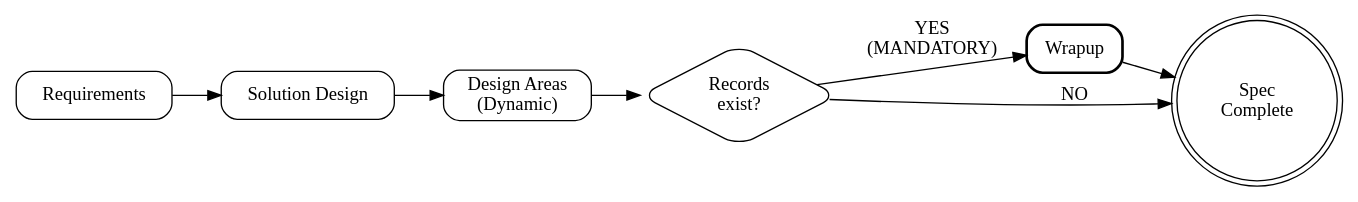
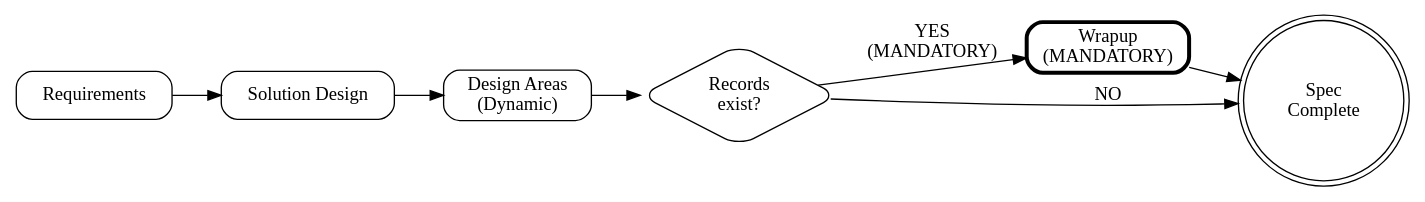
One commit to toongri/oh-my-toong-playground changed the diagram in skills/spec/SKILL.md. Above: the diagram before and after it, drawn with Graphviz. The commit also changed other lines of this file, not shown here.

````diff
--- a/skills/spec/SKILL.md
+++ b/skills/spec/SKILL.md
@@ -286,20 +111,20 @@
 ```dot
 digraph spec_workflow {
     rankdir=LR;
     node [shape=box, style=rounded];
 
     Requirements [label="Requirements"];
     SolutionDesign [label="Solution Design"];
     DesignAreas [label="Design Areas\n(Dynamic)"];
     RecordsCheck [label="Records\nexist?", shape=diamond];
-    Wrapup [label="Wrapup", style="rounded,bold"];
+    Wrapup [label="Wrapup\n(MANDATORY)", style="rounded,bold", penwidth=3];
     Complete [label="Spec\nComplete", shape=doublecircle];
 
     Requirements -> SolutionDesign;
     SolutionDesign -> DesignAreas;
     DesignAreas -> RecordsCheck;
     RecordsCheck -> Wrapup [label="YES\n(MANDATORY)"];
     RecordsCheck -> Complete [label="NO"];
     Wrapup -> Complete;
 }
 ```
````
